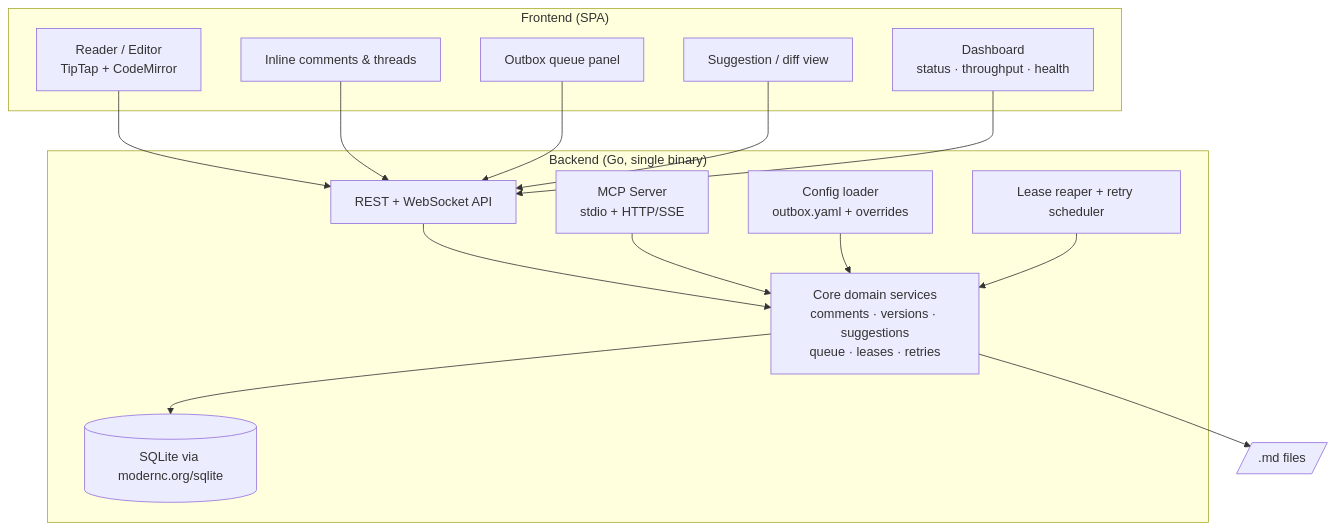
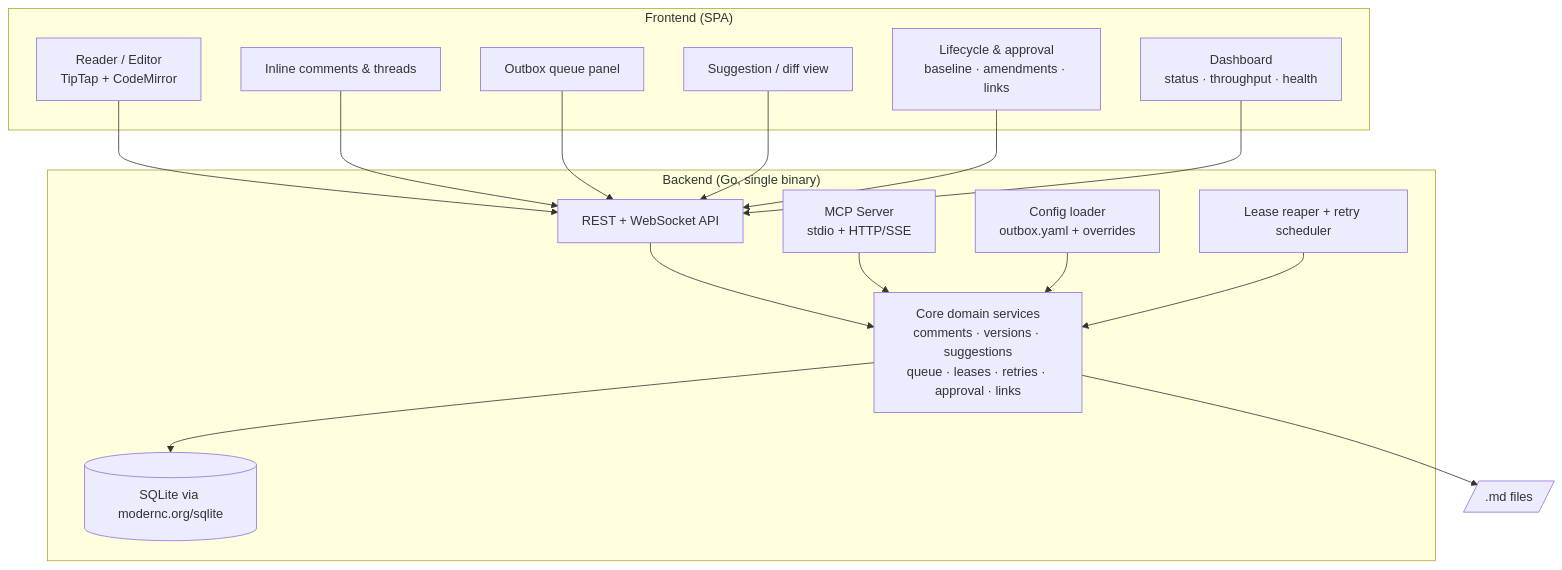
The second of 5 diagrams in docs/specs/2026-06-27-outbox-md-design.md (rajanrx/outbox-md), drawn with Mermaid before and after one commit. The commit also changed other lines of this file, not shown here.

First line of the commit message:
docs: add document lifecycle/approval, relationships, provenance, and optional corpus retrieval

````diff
--- a/docs/specs/2026-06-27-outbox-md-design.md
+++ b/docs/specs/2026-06-27-outbox-md-design.md
@@ -191,31 +212,33 @@
 ```mermaid
 flowchart TB
     subgraph Frontend["Frontend (SPA)"]
         Reader[Reader / Editor<br/>TipTap + CodeMirror]
         Comments[Inline comments & threads]
         Outbox[Outbox queue panel]
         Diff[Suggestion / diff view]
+        Approve[Lifecycle & approval<br/>baseline · amendments · links]
         Dash[Dashboard<br/>status · throughput · health]
     end
 
     subgraph Backend["Backend (Go, single binary)"]
         API[REST + WebSocket API]
         MCP[MCP Server<br/>stdio + HTTP/SSE]
-        Core[Core domain services<br/>comments · versions · suggestions<br/>queue · leases · retries]
+        Core[Core domain services<br/>comments · versions · suggestions<br/>queue · leases · retries · approval · links]
         Reaper[Lease reaper + retry scheduler]
         Config[Config loader<br/>outbox.yaml + overrides]
         Store[(SQLite via modernc.org/sqlite)]
     end
 
     Reader --> API
     Comments --> API
     Outbox --> API
     Diff --> API
+    Approve --> API
     Dash --> API
     API --> Core
     MCP --> Core
     Config --> Core
     Reaper --> Core
     Core --> Store
     Core --> Files[/.md files/]
 ```
````
